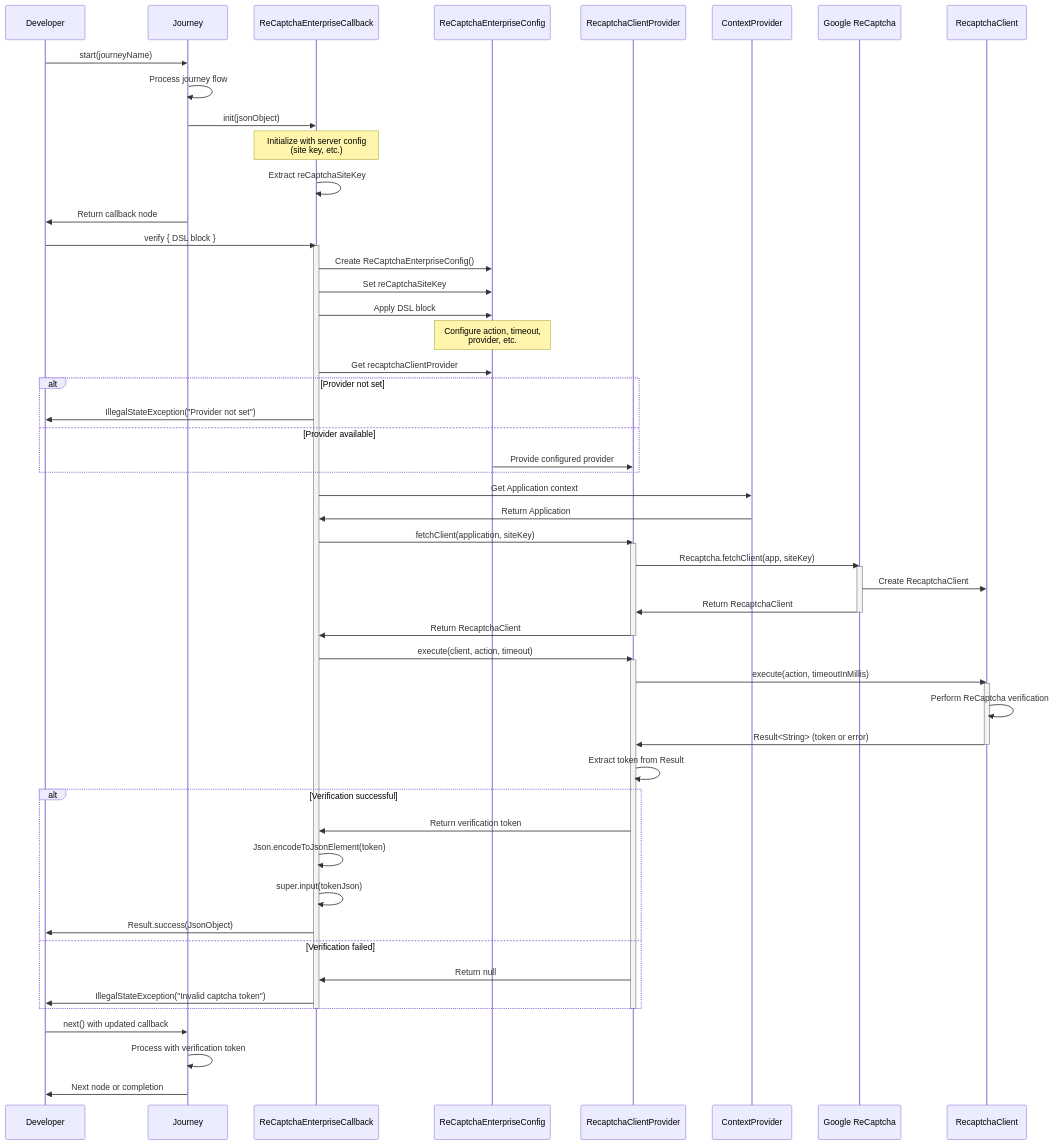
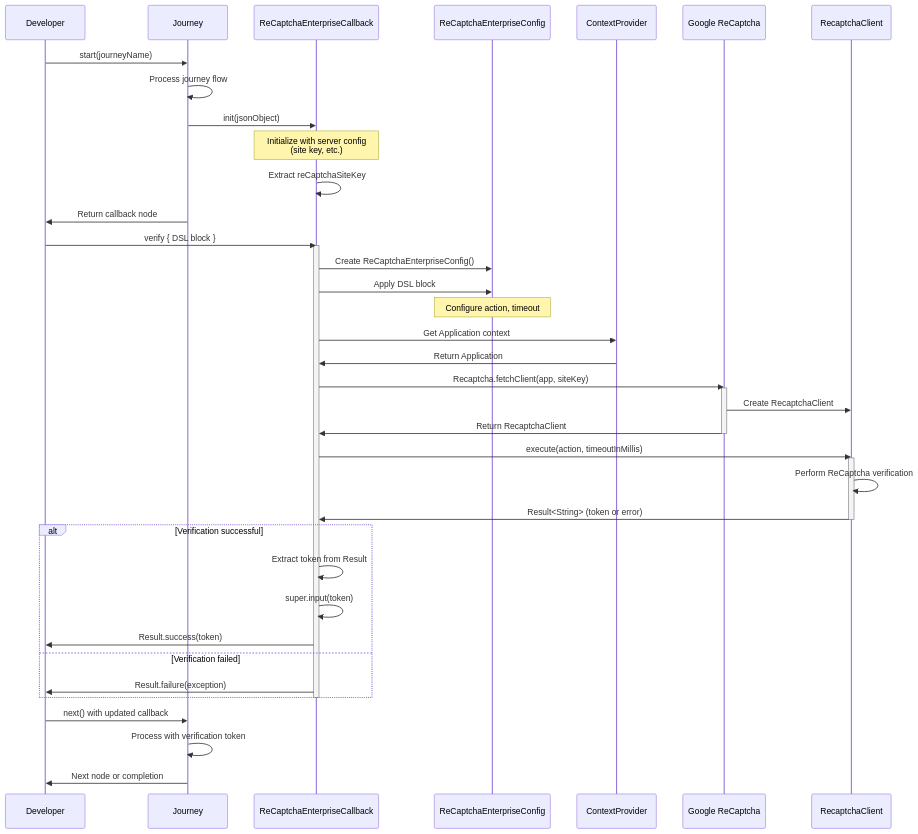
Before and after one commit to ForgeRock/ping-android-sdk: the second of 2 diagrams in recaptcha/README.md, drawn with Mermaid. The commit also changed other lines of this file, not shown here.

Commit message:
Docs: Expand and improve the recaptcha-enterprise README

````diff
--- a/recaptcha/README.md
+++ b/recaptcha/README.md
@@ -72,77 +249,57 @@
 ```mermaid
 sequenceDiagram
     participant Dev as Developer
     participant Journey as Journey
     participant Callback as ReCaptchaEnterpriseCallback
     participant Config as ReCaptchaEnterpriseConfig
-    participant Provider as RecaptchaClientProvider
     participant Context as ContextProvider
     participant Google as Google ReCaptcha
     participant Client as RecaptchaClient
 
     %% Journey Flow Initialization
     Dev->>Journey: start(journeyName)
     Journey->>Journey: Process journey flow
     Journey->>Callback: init(jsonObject)
     Note over Callback: Initialize with server config<br/>(site key, etc.)
     Callback->>Callback: Extract reCaptchaSiteKey
     Journey->>Dev: Return callback node
 
     %% Developer Verification Process
     Dev->>Callback: verify { DSL block }
     activate Callback
     
     %% Configuration Setup
     Callback->>Config: Create ReCaptchaEnterpriseConfig()
-    Callback->>Config: Set reCaptchaSiteKey
     Callback->>Config: Apply DSL block
-    Note over Config: Configure action, timeout,<br/>provider, etc.
-    
-    %% Provider Validation
-    Callback->>Config: Get recaptchaClientProvider
-    alt Provider not set
-        Callback->>Dev: IllegalStateException("Provider not set")
-    else Provider available
-        Config->>Provider: Provide configured provider
-    end
+    Note over Config: Configure action, timeout
     
     %% Client Creation
     Callback->>Context: Get Application context
     Context->>Callback: Return Application
-    Callback->>Provider: fetchClient(application, siteKey)
-    activate Provider
-    Provider->>Google: Recaptcha.fetchClient(app, siteKey)
+    Callback->>Google: Recaptcha.fetchClient(app, siteKey)
     activate Google
     Google->>Client: Create RecaptchaClient
-    Google->>Provider: Return RecaptchaClient
+    Google->>Callback: Return RecaptchaClient
     deactivate Google
-    Provider->>Callback: Return RecaptchaClient
-    deactivate Provider
     
     %% Action Execution
-    Callback->>Provider: execute(client, action, timeout)
-    activate Provider
-    Provider->>Client: execute(action, timeoutInMillis)
+    Callback->>Client: execute(action, timeoutInMillis)
     activate Client
     Client->>Client: Perform ReCaptcha verification
-    Client->>Provider: Result<String> (token or error)
+    Client->>Callback: Result<String> (token or error)
     deactivate Client
-    Provider->>Provider: Extract token from Result
     
     alt Verification successful
-        Provider->>Callback: Return verification token
-        Callback->>Callback: Json.encodeToJsonElement(token)
-        Callback->>Callback: super.input(tokenJson)
-        Callback->>Dev: Result.success(JsonObject)
+        Callback->>Callback: Extract token from Result
+        Callback->>Callback: super.input(token)
+        Callback->>Dev: Result.success(token)
     else Verification failed
-        Provider->>Callback: Return null
-        Callback->>Dev: IllegalStateException("Invalid captcha token")
+        Callback->>Dev: Result.failure(exception)
     end
-    deactivate Provider
     deactivate Callback
     
     %% Continue Journey Flow
     Dev->>Journey: next() with updated callback
     Journey->>Journey: Process with verification token
     Journey->>Dev: Next node or completion
 ```
````
